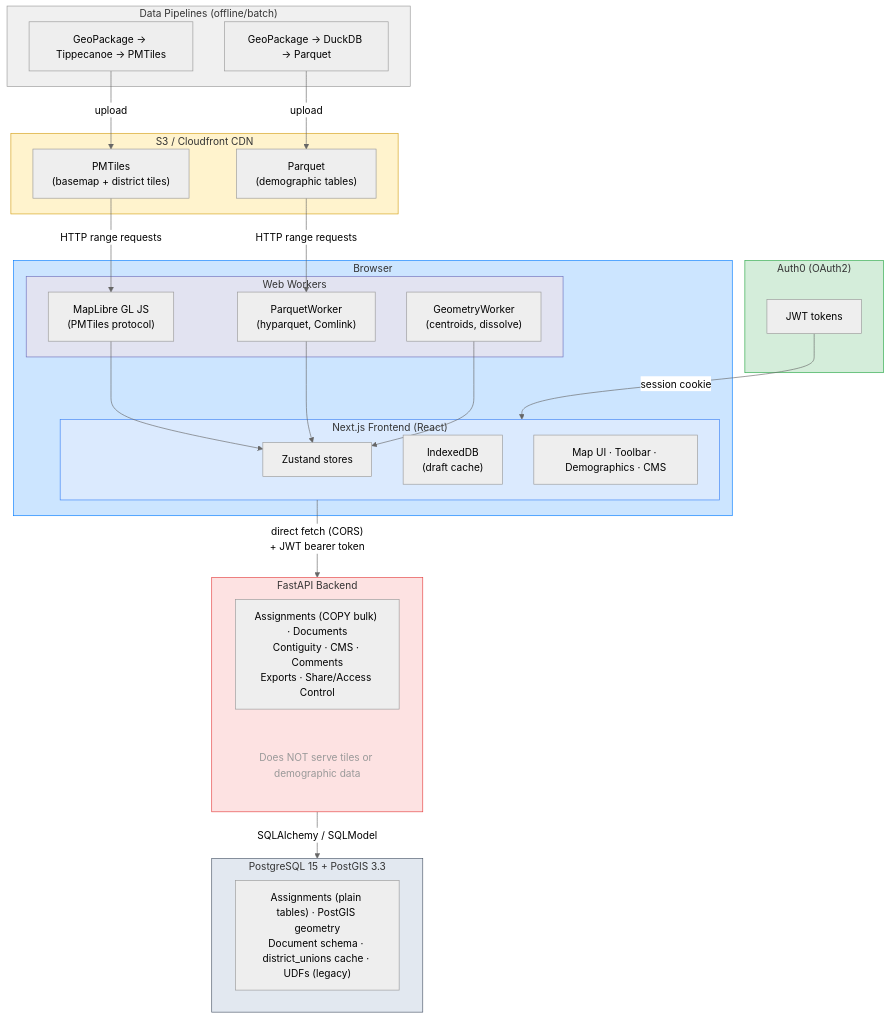
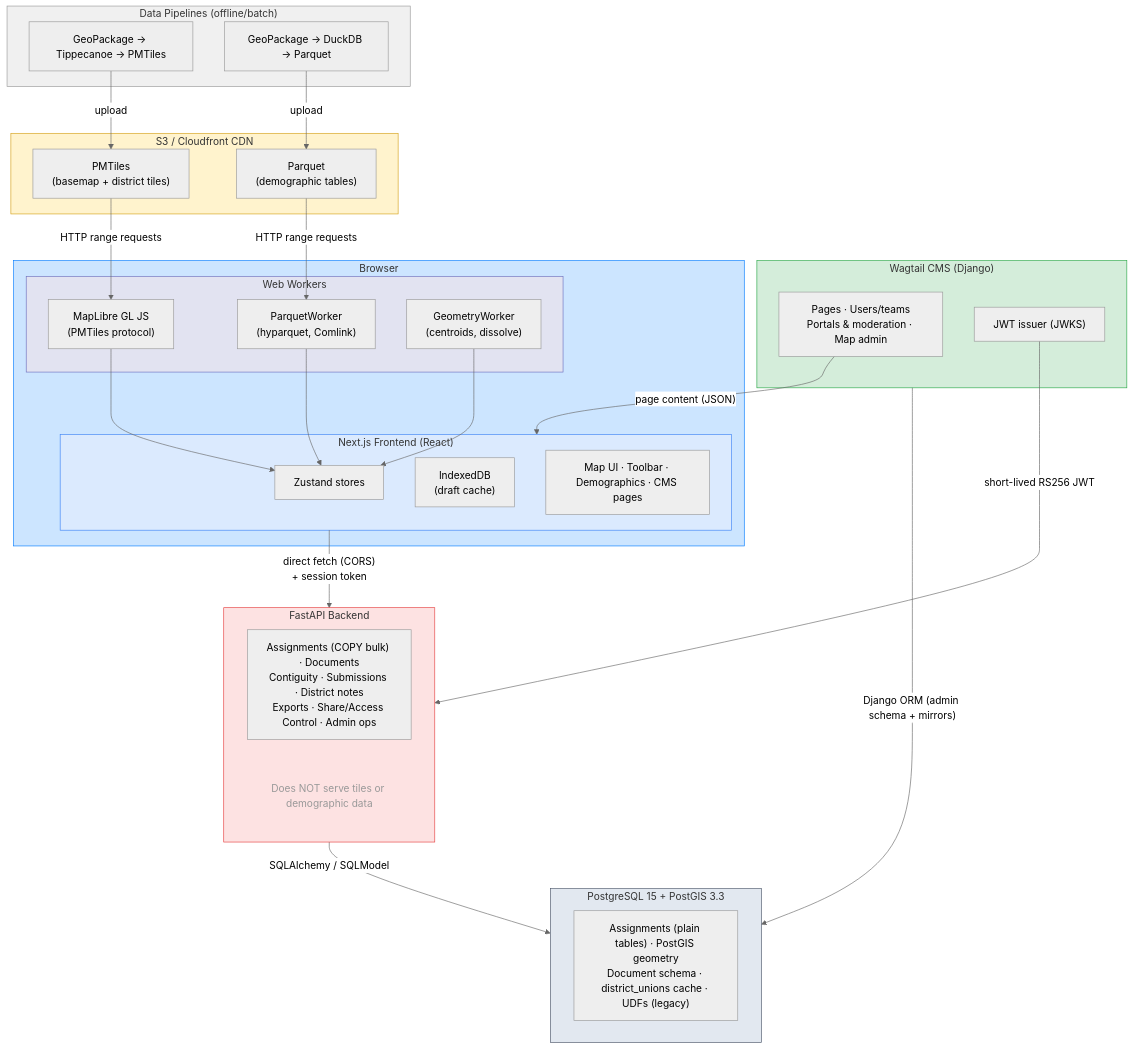
Before and after one commit to districtr/districtr-v2: the diagram in docs/architecture.md, drawn with Mermaid (neutral theme). The commit also changed other lines of this file and 17 other files, not shown here.

First line of the commit message:
ADRs for the Wagtail CMS cutover; refresh docs that still described Auth0

````diff
--- a/docs/architecture.md
+++ b/docs/architecture.md
@@ -7,59 +7,62 @@
 ```mermaid
 graph TD
     subgraph Pipelines["Data Pipelines (offline/batch)"]
         P1["GeoPackage → Tippecanoe → PMTiles"]
         P2["GeoPackage → DuckDB → Parquet"]
     end
 
     subgraph S3["S3 / Cloudfront CDN"]
         Tiles["PMTiles<br/>(basemap + district tiles)"]
         Parquet["Parquet<br/>(demographic tables)"]
     end
 
-    subgraph Auth["Auth0 (OAuth2)"]
-        JWT["JWT tokens"]
+    subgraph CMS["Wagtail CMS (Django)"]
+        Content["Pages · Users/teams<br/>Portals & moderation · Map admin"]
+        Issuer["JWT issuer (JWKS)"]
     end
 
     subgraph Browser["Browser"]
         subgraph Workers["Web Workers"]
             MapLibre["MapLibre GL JS<br/>(PMTiles protocol)"]
             PW["ParquetWorker<br/>(hyparquet, Comlink)"]
             GW["GeometryWorker<br/>(centroids, dissolve)"]
         end
         subgraph App["Next.js Frontend (React)"]
             Zustand["Zustand stores"]
             IDB["IndexedDB<br/>(draft cache)"]
-            UI["Map UI · Toolbar · Demographics · CMS"]
+            UI["Map UI · Toolbar · Demographics · CMS pages"]
         end
     end
 
     subgraph API["FastAPI Backend"]
-        Endpoints["Assignments (COPY bulk) · Documents<br/>Contiguity · CMS · Comments<br/>Exports · Share/Access Control"]
+        Endpoints["Assignments (COPY bulk) · Documents<br/>Contiguity · Submissions · District notes<br/>Exports · Share/Access Control · Admin ops"]
         Note["Does NOT serve tiles or demographic data"]
     end
 
     subgraph DB["PostgreSQL 15 + PostGIS 3.3"]
         Tables["Assignments (plain tables) · PostGIS geometry<br/>Document schema · district_unions cache · UDFs (legacy)"]
     end
 
     P1 -->|upload| Tiles
     P2 -->|upload| Parquet
     Tiles -->|HTTP range requests| MapLibre
     Parquet -->|HTTP range requests| PW
-    JWT -->|session cookie| App
+    Content -->|"page content (JSON)"| App
+    Issuer -->|"short-lived RS256 JWT"| API
+    CMS -->|"Django ORM (admin schema + mirrors)"| DB
     MapLibre --> Zustand
     PW --> Zustand
     GW --> Zustand
-    App -->|"direct fetch (CORS)<br/>+ JWT bearer token"| API
+    App -->|"direct fetch (CORS)<br/>+ session token"| API
     API -->|SQLAlchemy / SQLModel| DB
 
     style Pipelines fill:#f0f0f0,stroke:#999
     style S3 fill:#fff3cd,stroke:#d4a017
-    style Auth fill:#d4edda,stroke:#28a745
+    style CMS fill:#d4edda,stroke:#28a745
     style Browser fill:#cce5ff,stroke:#007bff
     style Workers fill:#e2e3f1,stroke:#6c6fbd
     style App fill:#dbeafe,stroke:#3b82f6
     style API fill:#fde2e2,stroke:#e53e3e
     style DB fill:#e2e8f0,stroke:#4a5568
     style Note fill:none,stroke:none,color:#999
 ```
````
